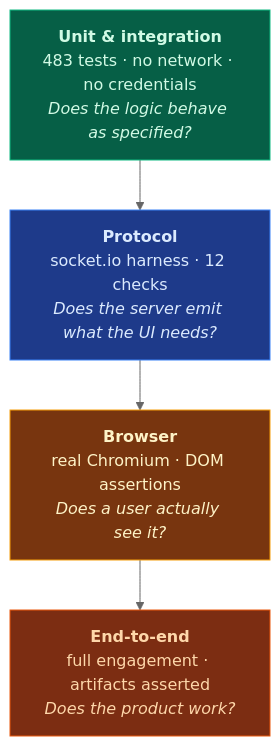
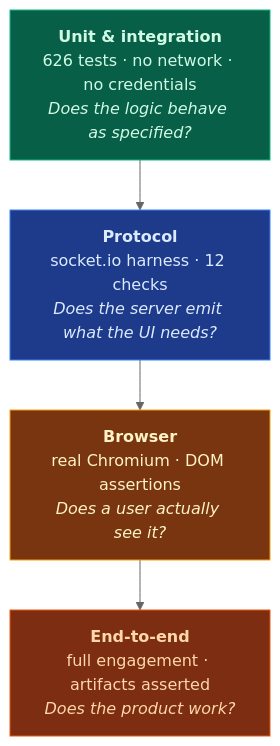
Before and after one commit to SergeyGer/SOWSprint.ai: the first of 2 diagrams in docs/wiki/Testing.md, drawn with Mermaid (neutral theme). The commit also changed 15 other files, not shown here.

````diff
--- a/docs/wiki/Testing.md
+++ b/docs/wiki/Testing.md
@@ -5,14 +5,14 @@
 ```mermaid
 flowchart TB
-    L1["<b>Unit &amp; integration</b><br/>483 tests · no network · no credentials<br/><i>Does the logic behave as specified?</i>"]
+    L1["<b>Unit &amp; integration</b><br/>626 tests · no network · no credentials<br/><i>Does the logic behave as specified?</i>"]
     L2["<b>Protocol</b><br/>socket.io harness · 12 checks<br/><i>Does the server emit what the UI needs?</i>"]
     L3["<b>Browser</b><br/>real Chromium · DOM assertions<br/><i>Does a user actually see it?</i>"]
     L4["<b>End-to-end</b><br/>full engagement · artifacts asserted<br/><i>Does the product work?</i>"]
 
     L1 --> L2 --> L3 --> L4
 
     style L1 fill:#065f46,stroke:#10b981,color:#d1fae5
     style L2 fill:#1e3a8a,stroke:#3b82f6,color:#dbeafe
     style L3 fill:#78350f,stroke:#f59e0b,color:#fef3c7
     style L4 fill:#7c2d12,stroke:#ea580c,color:#fed7aa
 ```
````
